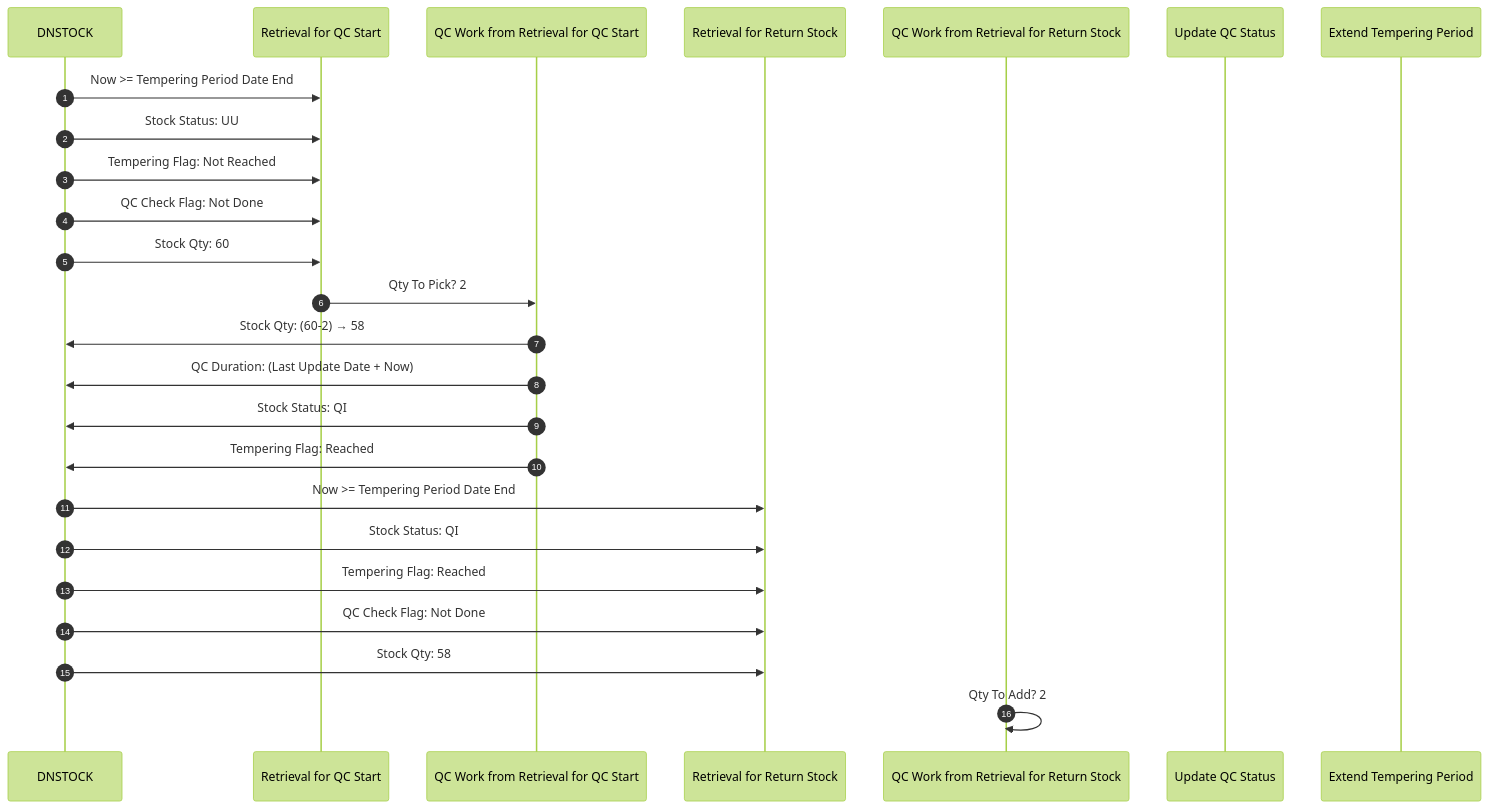
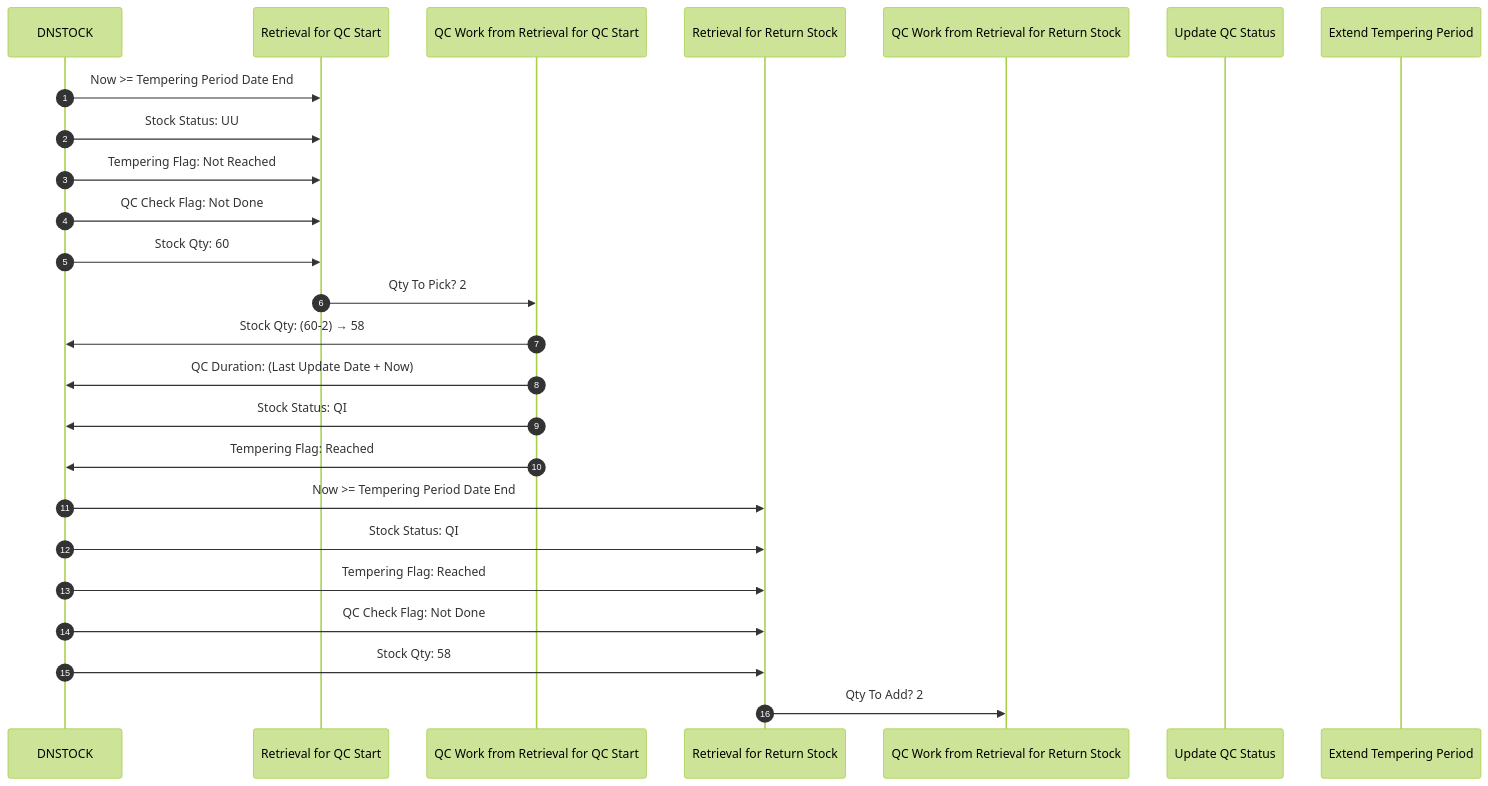
One commit to luthfiadityaa/SimeDarby-Wiki changed the diagram in Basic-Design/DFD-WMS/Retrieval/QC-Setting.md. Above: the diagram before and after it, drawn with Mermaid (forest theme).

Commit message:
Updated QC Setting

```diff
--- a/Basic-Design/DFD-WMS/Retrieval/QC-Setting.md
+++ b/Basic-Design/DFD-WMS/Retrieval/QC-Setting.md
@@ -11,37 +11,37 @@
 ::: mermaid
 sequenceDiagram
     autonumber
 
     participant DNSTOCK
     participant Retrieval for QC Start
     participant QC Work from Retrieval for QC Start
     participant Retrieval for Return Stock
     participant QC Work from Retrieval for Return Stock
     participant Update QC Status
     participant Extend Tempering Period
 
     %% --- 1. DNSTOCK ---
     DNSTOCK ->> Retrieval for QC Start: Now >= Tempering Period Date End
     DNSTOCK ->> Retrieval for QC Start: Stock Status: UU  
     DNSTOCK ->> Retrieval for QC Start: Tempering Flag: Not Reached 
     DNSTOCK ->> Retrieval for QC Start: QC Check Flag: Not Done
     DNSTOCK ->> Retrieval for QC Start: Stock Qty: 60
 
     %% --- 2. Retrieval for QC Start ---
     Retrieval for QC Start ->> QC Work from Retrieval for QC Start: Qty To Pick?  2
 
     %% --- 3. QC Work from Retrieval for QC Start ---
     QC Work from Retrieval for QC Start ->> DNSTOCK: Stock Qty: (60-2) → 58
     QC Work from Retrieval for QC Start ->> DNSTOCK: QC Duration: (Last Update Date + Now)
     QC Work from Retrieval for QC Start ->> DNSTOCK: Stock Status: QI
     QC Work from Retrieval for QC Start ->> DNSTOCK: Tempering Flag: Reached
 
-    %% --- 4. QC Work from Retrieval for Return Stock ---
+    %% --- 4. Retrieval for Return Stock ---
     DNSTOCK ->> Retrieval for Return Stock: Now >= Tempering Period Date End
     DNSTOCK ->> Retrieval for Return Stock: Stock Status: QI  
     DNSTOCK ->> Retrieval for Return Stock: Tempering Flag: Reached 
     DNSTOCK ->> Retrieval for Return Stock: QC Check Flag: Not Done
     DNSTOCK ->> Retrieval for Return Stock: Stock Qty: 58
 
-    QC Work from Retrieval for Return Stock ->> QC Work from Retrieval for Return Stock: Qty To Add?  2
+    Retrieval for Return Stock ->> QC Work from Retrieval for Return Stock: Qty To Add?  2
 :::
```
